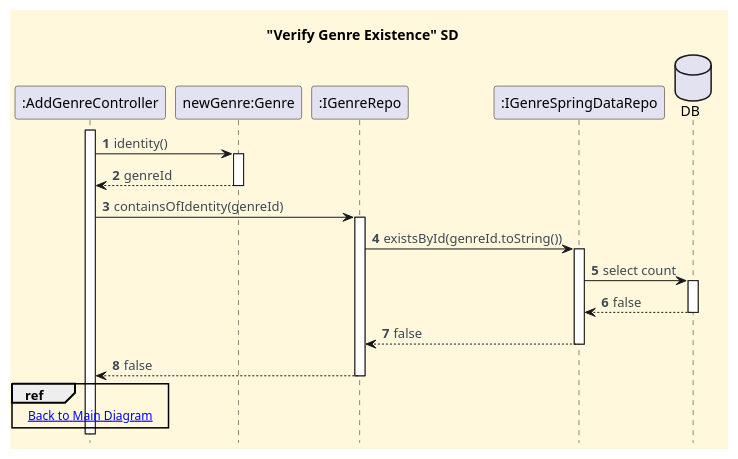
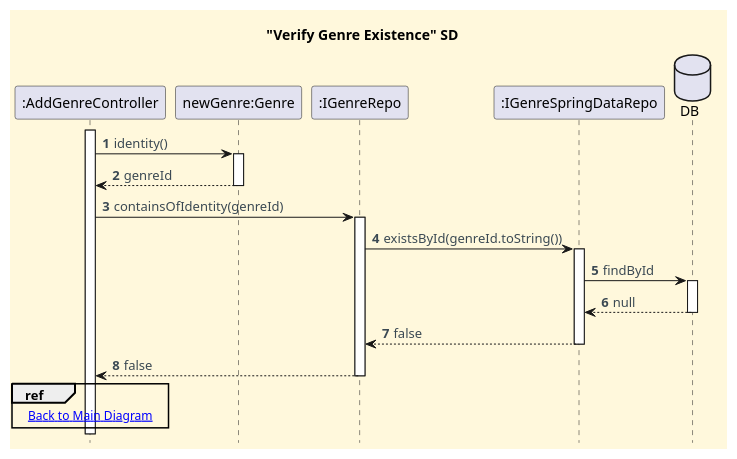
One commit to CarolinaLeite-collab/JavaMarketplacePlatform changed the diagram in docs/functionalities/admin/add-genre/sd-ref-diagrams/Verify_Genre_Existence.puml. Above: the diagram before and after it, drawn with PlantUML. The commit also changed 11 other files, not shown here.

```diff
--- a/docs/functionalities/admin/add-genre/sd-ref-diagrams/Verify_Genre_Existence.puml
+++ b/docs/functionalities/admin/add-genre/sd-ref-diagrams/Verify_Genre_Existence.puml
@@ -1,50 +1,47 @@
 @startuml
-'==== Title ====
 title "Verify Genre Existence" SD
 
-'==== basic style ====
 skinparam monochrome false
 skinparam shadowing false
 skinparam defaultFontName Futura
 skinparam objectFontSize 20
 skinparam backgroundColor CornSilk
 skinparam objectBackgroundColor WhiteSmoke
 skinparam noteBackgroundColor #FFFFE0
 skinparam ArrowFontColor #3B4953
 skinparam ActivationBackgroundColor black
 hidefootbox
 autonumber
 
-' ==== Actor and participants ====
 participant ":AddGenreController" as CTL
 participant "newGenre:Genre" as G
 participant ":IGenreRepo" as IREPO
 participant ":IGenreSpringDataRepo" as SDREPO
 database "DB" as DB
 
 activate CTL
 CTL -> G : identity()
 activate G
 G --> CTL : genreId
 deactivate G
 
 CTL -> IREPO: containsOfIdentity(genreId)
 activate IREPO
 
 IREPO -> SDREPO : existsById(genreId.toString())
 activate SDREPO
-SDREPO -> DB : select count
+SDREPO -> DB : findById
 activate DB
-DB --> SDREPO : false
+DB --> SDREPO : null
 deactivate DB
 SDREPO --> IREPO : false
 deactivate SDREPO
 
 IREPO --> CTL : false
 deactivate IREPO
 
 ref over CTL
 [[../Add_Genre_SD.puml Back to Main Diagram]]
 end ref
 
 @enduml
```
